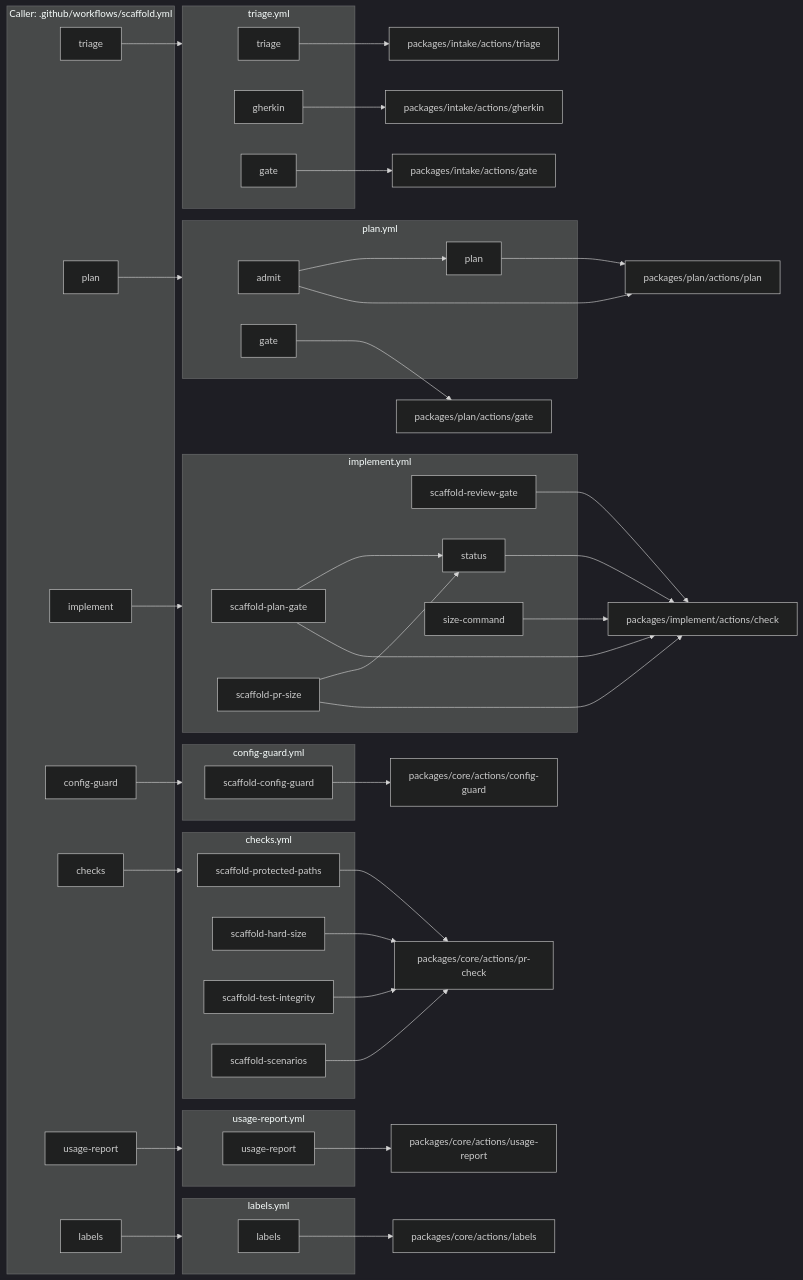
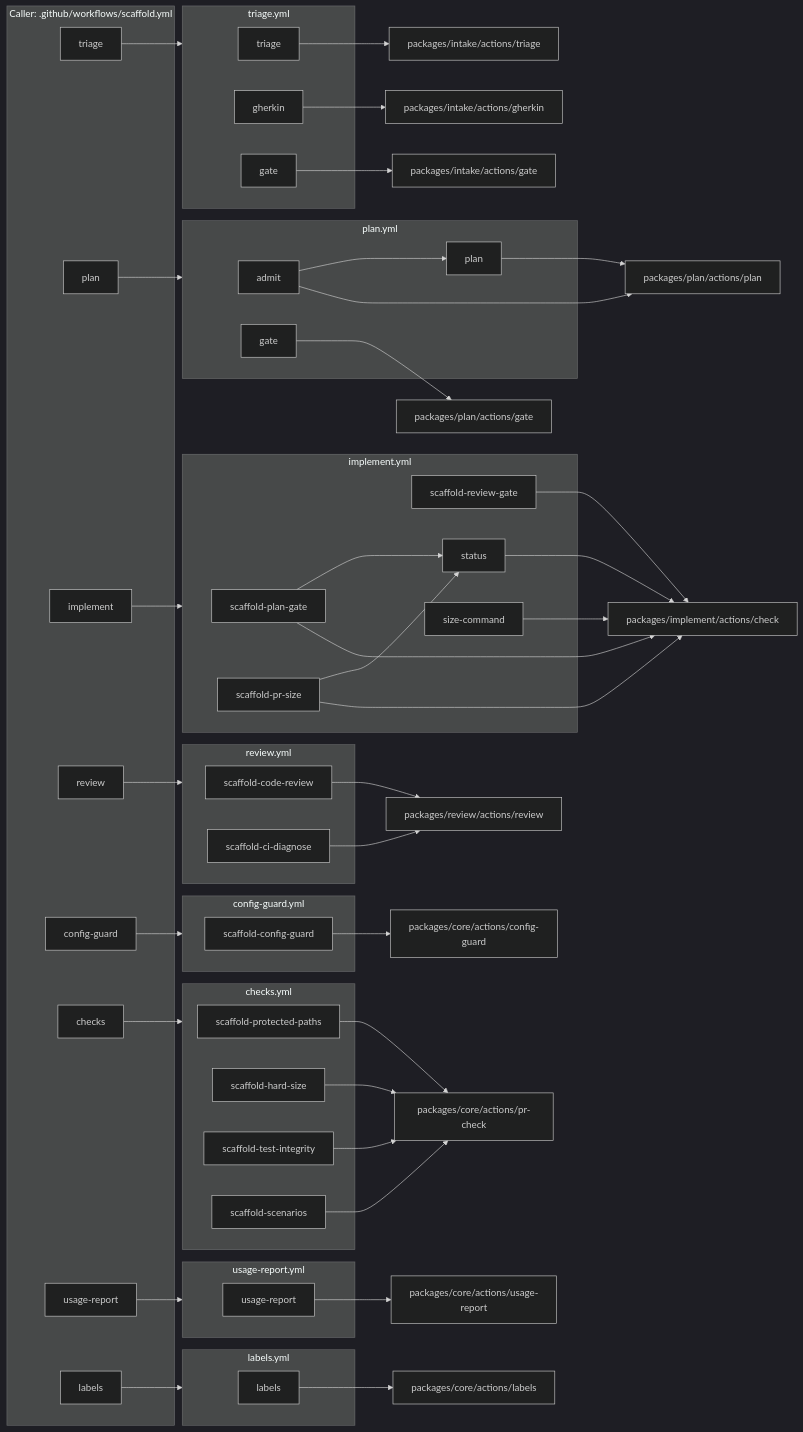
The second of 2 diagrams in docs/diagrams/architecture.md (JackWP1/scaffold), drawn with Mermaid (dark theme) before and after one commit. The commit also changed 31 other files, not shown here.

First line of the commit message:
Slice 4: review package: code-review and ci-diagnose; review gate waits for threads

````diff
--- a/docs/diagrams/architecture.md
+++ b/docs/diagrams/architecture.md
@@ -88,72 +88,80 @@
 ```mermaid
 flowchart LR
   subgraph caller["Caller: .github/workflows/scaffold.yml"]
     c_triage["triage"]
     c_plan["plan"]
     c_implement["implement"]
+    c_review["review"]
     c_config_guard["config-guard"]
     c_checks["checks"]
     c_usage_report["usage-report"]
     c_labels["labels"]
   end
   subgraph w_checks_yml["checks.yml"]
     w_checks_yml_scaffold_protected_paths["scaffold-protected-paths"]
     w_checks_yml_scaffold_hard_size["scaffold-hard-size"]
     w_checks_yml_scaffold_test_integrity["scaffold-test-integrity"]
     w_checks_yml_scaffold_scenarios["scaffold-scenarios"]
   end
   subgraph w_config_guard_yml["config-guard.yml"]
     w_config_guard_yml_scaffold_config_guard["scaffold-config-guard"]
   end
   subgraph w_implement_yml["implement.yml"]
     w_implement_yml_scaffold_plan_gate["scaffold-plan-gate"]
     w_implement_yml_scaffold_pr_size["scaffold-pr-size"]
     w_implement_yml_scaffold_review_gate["scaffold-review-gate"]
     w_implement_yml_status["status"]
     w_implement_yml_scaffold_plan_gate --> w_implement_yml_status
     w_implement_yml_scaffold_pr_size --> w_implement_yml_status
     w_implement_yml_size_command["size-command"]
   end
   subgraph w_labels_yml["labels.yml"]
     w_labels_yml_labels["labels"]
   end
   subgraph w_plan_yml["plan.yml"]
     w_plan_yml_admit["admit"]
     w_plan_yml_plan["plan"]
     w_plan_yml_admit --> w_plan_yml_plan
     w_plan_yml_gate["gate"]
   end
+  subgraph w_review_yml["review.yml"]
+    w_review_yml_scaffold_code_review["scaffold-code-review"]
+    w_review_yml_scaffold_ci_diagnose["scaffold-ci-diagnose"]
+  end
   subgraph w_triage_yml["triage.yml"]
     w_triage_yml_triage["triage"]
     w_triage_yml_gherkin["gherkin"]
     w_triage_yml_gate["gate"]
   end
   subgraph w_usage_report_yml["usage-report.yml"]
     w_usage_report_yml_usage_report["usage-report"]
   end
   c_triage --> w_triage_yml
   c_plan --> w_plan_yml
   c_implement --> w_implement_yml
+  c_review --> w_review_yml
   c_config_guard --> w_config_guard_yml
   c_checks --> w_checks_yml
   c_usage_report --> w_usage_report_yml
   c_labels --> w_labels_yml
   w_checks_yml_scaffold_protected_paths --> a_packages_core_actions_pr_check["packages/core/actions/pr-check"]
   w_checks_yml_scaffold_hard_size --> a_packages_core_actions_pr_check["packages/core/actions/pr-check"]
   w_checks_yml_scaffold_test_integrity --> a_packages_core_actions_pr_check["packages/core/actions/pr-check"]
   w_checks_yml_scaffold_scenarios --> a_packages_core_actions_pr_check["packages/core/actions/pr-check"]
   w_config_guard_yml_scaffold_config_guard --> a_packages_core_actions_config_guard["packages/core/actions/config-guard"]
   w_implement_yml_scaffold_plan_gate --> a_packages_implement_actions_check["packages/implement/actions/check"]
   w_implement_yml_scaffold_pr_size --> a_packages_implement_actions_check["packages/implement/actions/check"]
   w_implement_yml_scaffold_review_gate --> a_packages_implement_actions_check["packages/implement/actions/check"]
   w_implement_yml_status --> a_packages_implement_actions_check["packages/implement/actions/check"]
   w_implement_yml_size_command --> a_packages_implement_actions_check["packages/implement/actions/check"]
   w_labels_yml_labels --> a_packages_core_actions_labels["packages/core/actions/labels"]
   w_plan_yml_admit --> a_packages_plan_actions_plan["packages/plan/actions/plan"]
   w_plan_yml_plan --> a_packages_plan_actions_plan["packages/plan/actions/plan"]
   w_plan_yml_gate --> a_packages_plan_actions_gate["packages/plan/actions/gate"]
+  w_review_yml_scaffold_code_review --> a_packages_review_actions_review["packages/review/actions/review"]
+  w_review_yml_scaffold_ci_diagnose --> a_packages_review_actions_review["packages/review/actions/review"]
   w_triage_yml_triage --> a_packages_intake_actions_triage["packages/intake/actions/triage"]
   w_triage_yml_gherkin --> a_packages_intake_actions_gherkin["packages/intake/actions/gherkin"]
   w_triage_yml_gate --> a_packages_intake_actions_gate["packages/intake/actions/gate"]
   w_usage_report_yml_usage_report --> a_packages_core_actions_usage_report["packages/core/actions/usage-report"]
 ```
````
